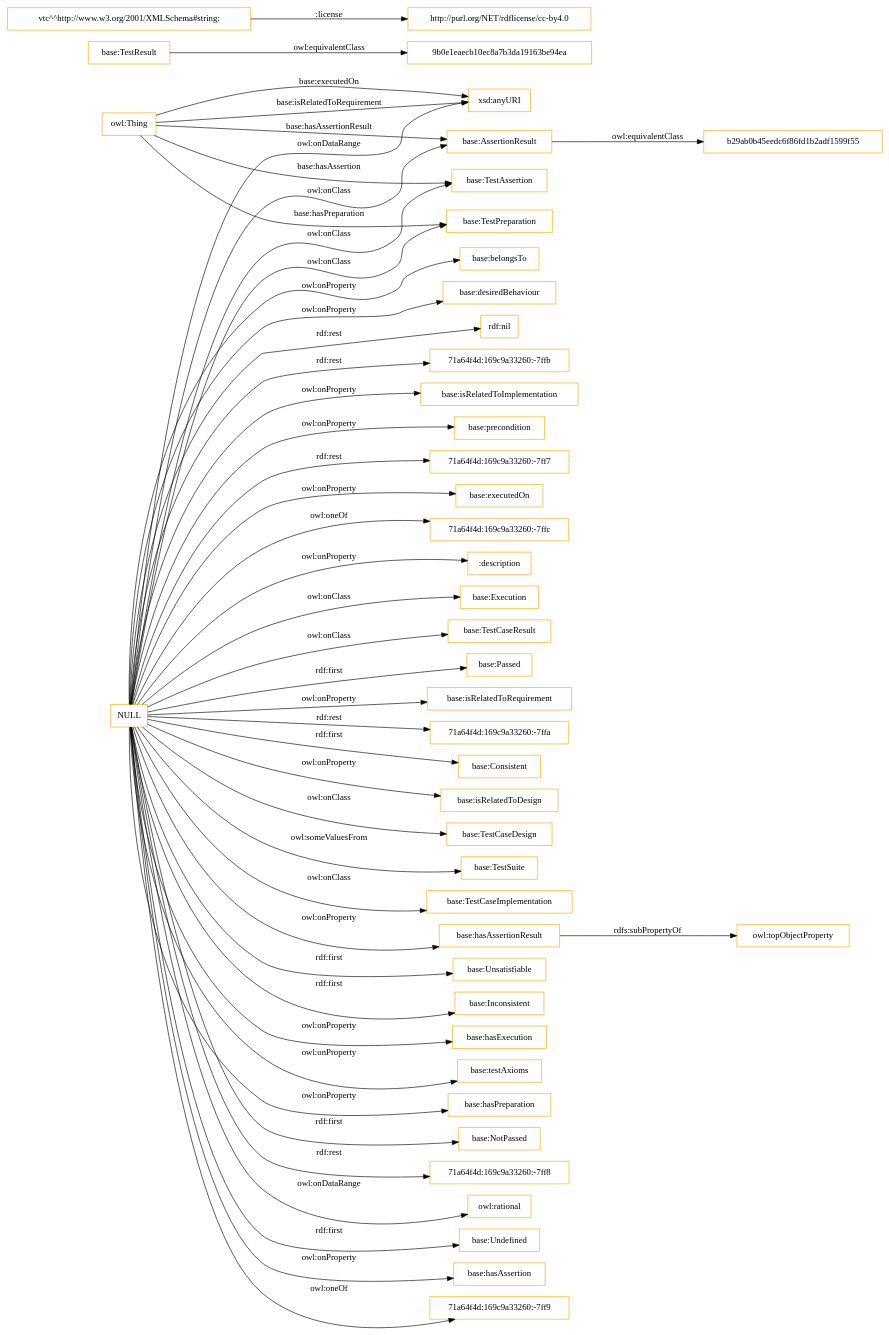
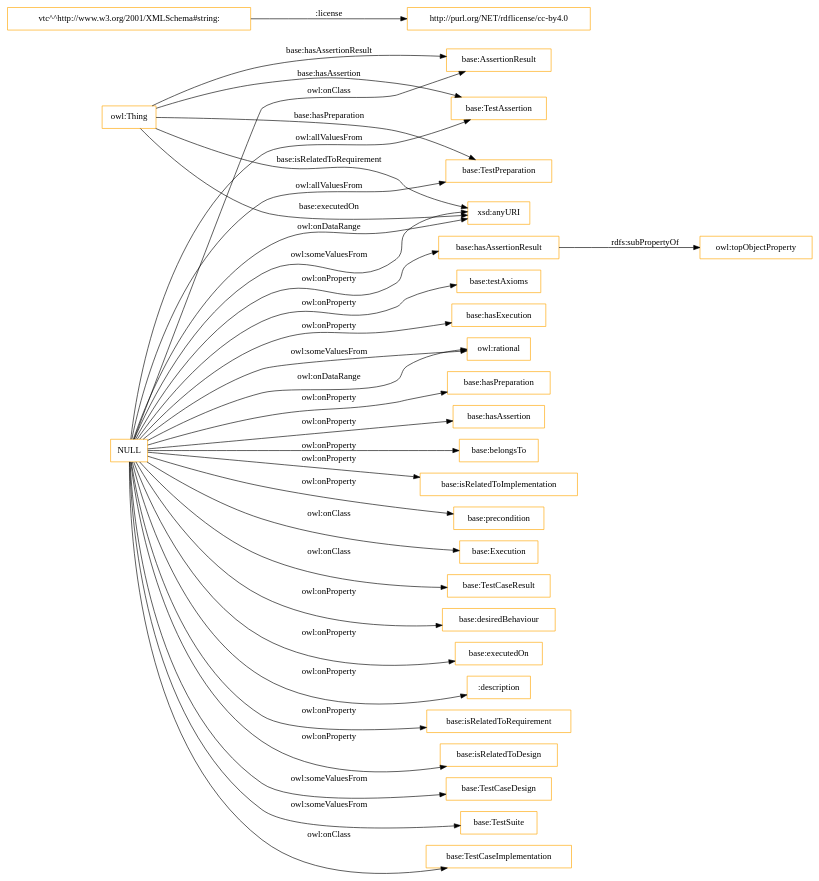
The diagram in OnToology/ontology/verification-test-description.ttl/diagrams/ar2dtool-class/verification-test-description.ttl.png.dot (albaizq/test-verification-ontology), drawn with Graphviz before and after one commit. The commit also changed 8 other files, not shown here.

```diff
--- a/OnToology/ontology/verification-test-description.ttl/diagrams/ar2dtool-class/verification-test-description.ttl.png.dot
+++ b/OnToology/ontology/verification-test-description.ttl/diagrams/ar2dtool-class/verification-test-description.ttl.png.dot
@@ -1,51 +1,38 @@
 digraph ar2dtool_diagram { 
 rankdir=LR;
 size="1501"
-node [shape = rectangle, color="orange"]; "base:Execution" "9b0e1eaecb10ec8a7b3da19163be94ea" "base:TestCaseResult" "base:AssertionResult" "base:TestResult" "base:TestCaseDesign" "base:TestSuite" "base:TestCaseImplementation" "base:TestAssertion" "base:TestPreparation" "b29ab0b45eedc6f86fd1b2adf1599f55" ; /*classes style*/
-	"base:AssertionResult" -> "b29ab0b45eedc6f86fd1b2adf1599f55" [ label = "owl:equivalentClass" ];
+node [shape = rectangle, color="orange"]; "base:Execution" "base:TestCaseResult" "base:AssertionResult" "base:TestCaseDesign" "base:TestSuite" "base:TestCaseImplementation" "base:TestAssertion" "base:TestPreparation" ; /*classes style*/
 	"base:hasAssertionResult" -> "owl:topObjectProperty" [ label = "rdfs:subPropertyOf" ];
-	"base:TestResult" -> "9b0e1eaecb10ec8a7b3da19163be94ea" [ label = "owl:equivalentClass" ];
 	"NULL" -> "base:Execution" [ label = "owl:onClass" ];
-	"NULL" -> "base:Unsatisfiable" [ label = "rdf:first" ];
 	"NULL" -> "base:TestCaseResult" [ label = "owl:onClass" ];
-	"NULL" -> "base:Inconsistent" [ label = "rdf:first" ];
+	"NULL" -> "base:TestPreparation" [ label = "owl:allValuesFrom" ];
+	"NULL" -> "base:testAxioms" [ label = "owl:onProperty" ];
 	"NULL" -> "base:hasExecution" [ label = "owl:onProperty" ];
-	"NULL" -> "base:testAxioms" [ label = "owl:onProperty" ];
+	"NULL" -> "owl:rational" [ label = "owl:someValuesFrom" ];
 	"NULL" -> "base:hasPreparation" [ label = "owl:onProperty" ];
-	"NULL" -> "base:NotPassed" [ label = "rdf:first" ];
+	"NULL" -> "xsd:anyURI" [ label = "owl:someValuesFrom" ];
 	"NULL" -> "base:TestCaseImplementation" [ label = "owl:onClass" ];
-	"NULL" -> "71a64f4d:169c9a33260:-7ff8" [ label = "rdf:rest" ];
-	"NULL" -> "base:TestPreparation" [ label = "owl:onClass" ];
 	"NULL" -> "owl:rational" [ label = "owl:onDataRange" ];
-	"NULL" -> "base:Undefined" [ label = "rdf:first" ];
 	"NULL" -> "base:hasAssertion" [ label = "owl:onProperty" ];
-	"NULL" -> "71a64f4d:169c9a33260:-7ff9" [ label = "owl:oneOf" ];
-	"NULL" -> "base:TestCaseDesign" [ label = "owl:onClass" ];
+	"NULL" -> "base:TestCaseDesign" [ label = "owl:someValuesFrom" ];
 	"NULL" -> "base:AssertionResult" [ label = "owl:onClass" ];
 	"NULL" -> "base:belongsTo" [ label = "owl:onProperty" ];
-	"NULL" -> "base:desiredBehaviour" [ label = "owl:onProperty" ];
-	"NULL" -> "rdf:nil" [ label = "rdf:rest" ];
-	"NULL" -> "71a64f4d:169c9a33260:-7ffb" [ label = "rdf:rest" ];
+	"NULL" -> "base:TestAssertion" [ label = "owl:allValuesFrom" ];
 	"NULL" -> "base:isRelatedToImplementation" [ label = "owl:onProperty" ];
 	"NULL" -> "base:precondition" [ label = "owl:onProperty" ];
-	"NULL" -> "71a64f4d:169c9a33260:-7ff7" [ label = "rdf:rest" ];
+	"NULL" -> "base:desiredBehaviour" [ label = "owl:onProperty" ];
 	"NULL" -> "base:executedOn" [ label = "owl:onProperty" ];
-	"NULL" -> "71a64f4d:169c9a33260:-7ffc" [ label = "owl:oneOf" ];
 	"NULL" -> ":description" [ label = "owl:onProperty" ];
 	"NULL" -> "base:hasAssertionResult" [ label = "owl:onProperty" ];
-	"NULL" -> "base:Passed" [ label = "rdf:first" ];
 	"NULL" -> "base:isRelatedToRequirement" [ label = "owl:onProperty" ];
 	"NULL" -> "xsd:anyURI" [ label = "owl:onDataRange" ];
 	"NULL" -> "base:TestSuite" [ label = "owl:someValuesFrom" ];
-	"NULL" -> "71a64f4d:169c9a33260:-7ffa" [ label = "rdf:rest" ];
-	"NULL" -> "base:TestAssertion" [ label = "owl:onClass" ];
-	"NULL" -> "base:Consistent" [ label = "rdf:first" ];
 	"NULL" -> "base:isRelatedToDesign" [ label = "owl:onProperty" ];
 	"vtc^^http://www.w3.org/2001/XMLSchema#string:" -> "http://purl.org/NET/rdflicense/cc-by4.0" [ label = ":license" ];
 	"owl:Thing" -> "base:TestAssertion" [ label = "base:hasAssertion" ];
 	"owl:Thing" -> "base:TestPreparation" [ label = "base:hasPreparation" ];
 	"owl:Thing" -> "xsd:anyURI" [ label = "base:executedOn" ];
 	"owl:Thing" -> "base:AssertionResult" [ label = "base:hasAssertionResult" ];
 	"owl:Thing" -> "xsd:anyURI" [ label = "base:isRelatedToRequirement" ];
 
 }
```
